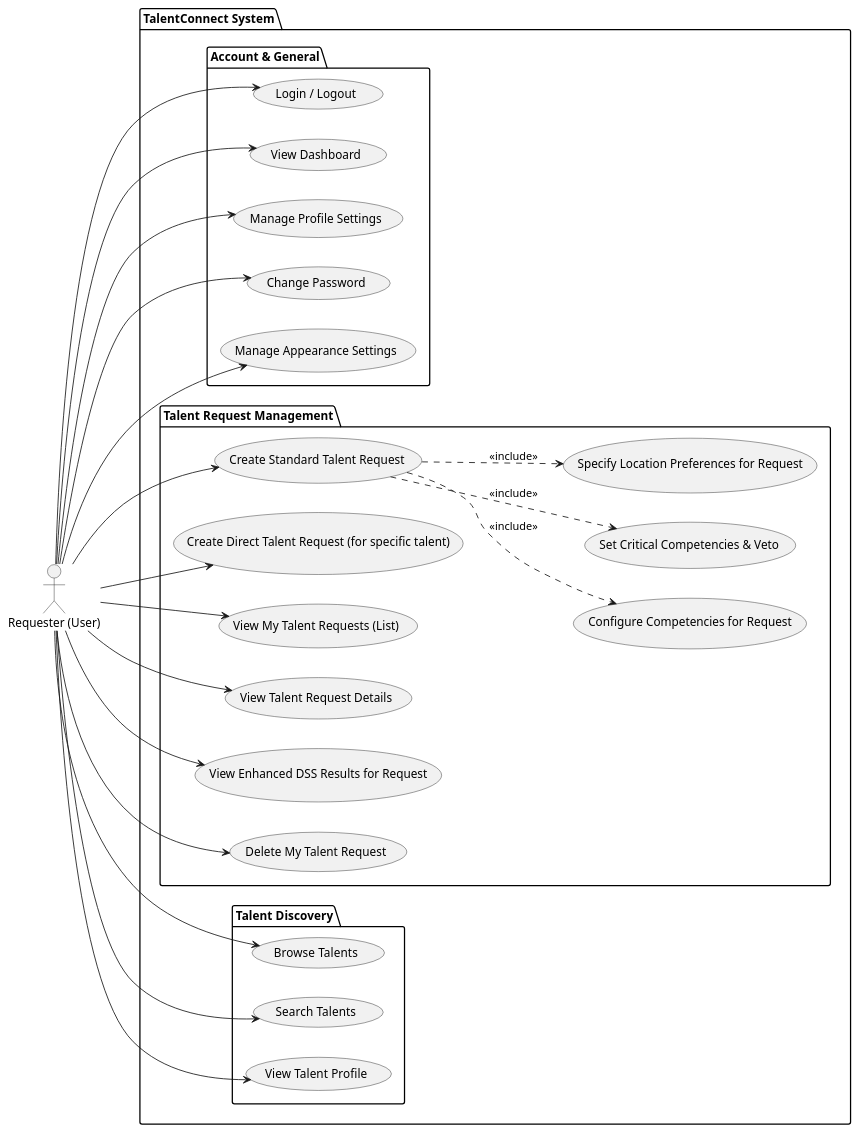
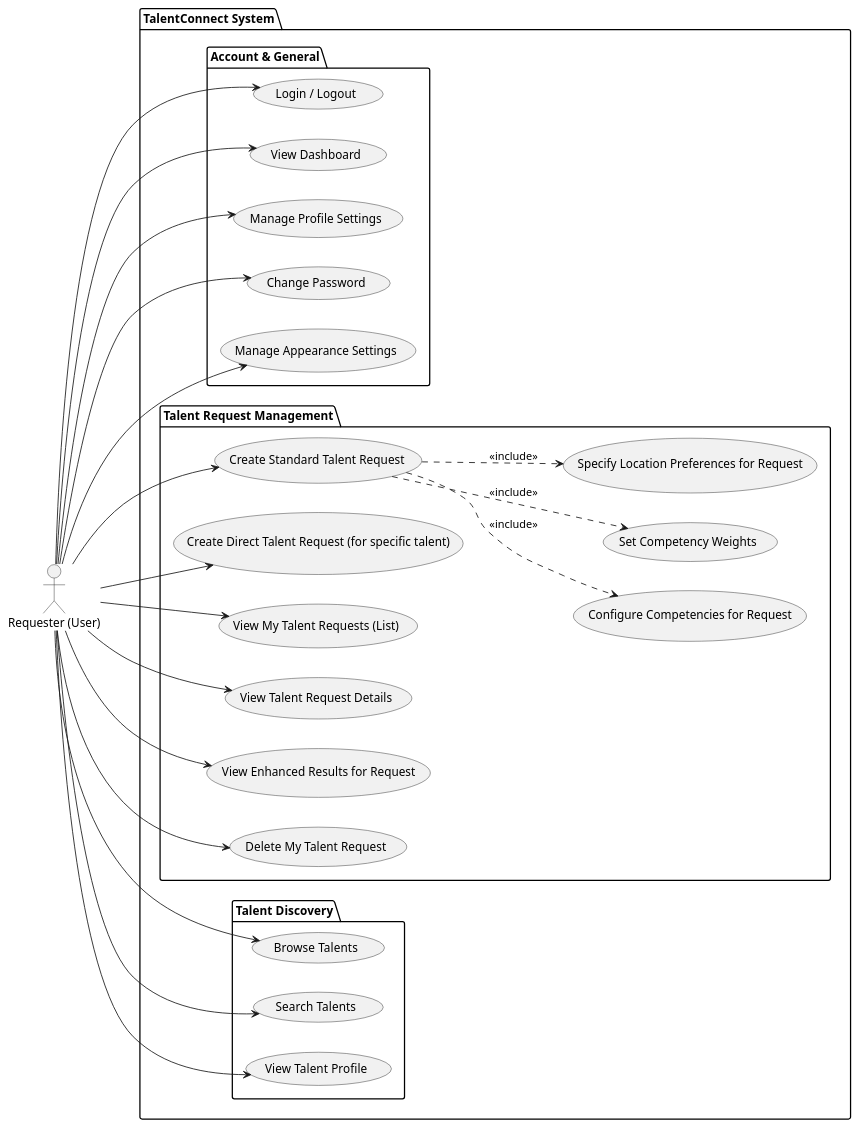
Before and after one commit to septianshft/Talent-engine-TA: the diagram in Mermaid UML/use case diagram requester.plantuml, drawn with PlantUML. The commit also changed 83 other files, not shown here.

```diff
--- a/Mermaid UML/use case diagram requester.plantuml
+++ b/Mermaid UML/use case diagram requester.plantuml
@@ -1,55 +1,55 @@
 @startuml RequesterUseCaseDiagram
 
 left to right direction
 actor "Requester (User)" as Requester
 
 package "TalentConnect System" {
 
     package "Account & General" {
         usecase "Login / Logout" as UC01
         usecase "View Dashboard" as UC02
         usecase "Manage Profile Settings" as UC03
         usecase "Change Password" as UC04
         usecase "Manage Appearance Settings" as UC05
     }
 
     package "Talent Request Management" {
         usecase "Create Standard Talent Request" as UC10
         usecase "Configure Competencies for Request" as UC11
-        usecase "Set Critical Competencies & Veto" as UC12
+        usecase "Set Competency Weights" as UC12
         usecase "Specify Location Preferences for Request" as UC13
         usecase "Create Direct Talent Request (for specific talent)" as UC14
         usecase "View My Talent Requests (List)" as UC15
         usecase "View Talent Request Details" as UC16
-        usecase "View Enhanced DSS Results for Request" as UC17
+        usecase "View Enhanced Results for Request" as UC17
         usecase "Delete My Talent Request" as UC18
     }
 
     package "Talent Discovery" {
         usecase "Browse Talents" as UC20
         usecase "Search Talents" as UC21
         usecase "View Talent Profile" as UC22
     }
 }
 
 Requester --> UC01
 Requester --> UC02
 Requester --> UC03
 Requester --> UC04
 Requester --> UC05
 
 Requester --> UC10
 UC10 ..> UC11 : <<include>>
 UC10 ..> UC12 : <<include>>
 UC10 ..> UC13 : <<include>>
 Requester --> UC14
 Requester --> UC15
 Requester --> UC16
 Requester --> UC17
 Requester --> UC18
 
 Requester --> UC20
 Requester --> UC21
 Requester --> UC22
 
 @enduml
```
